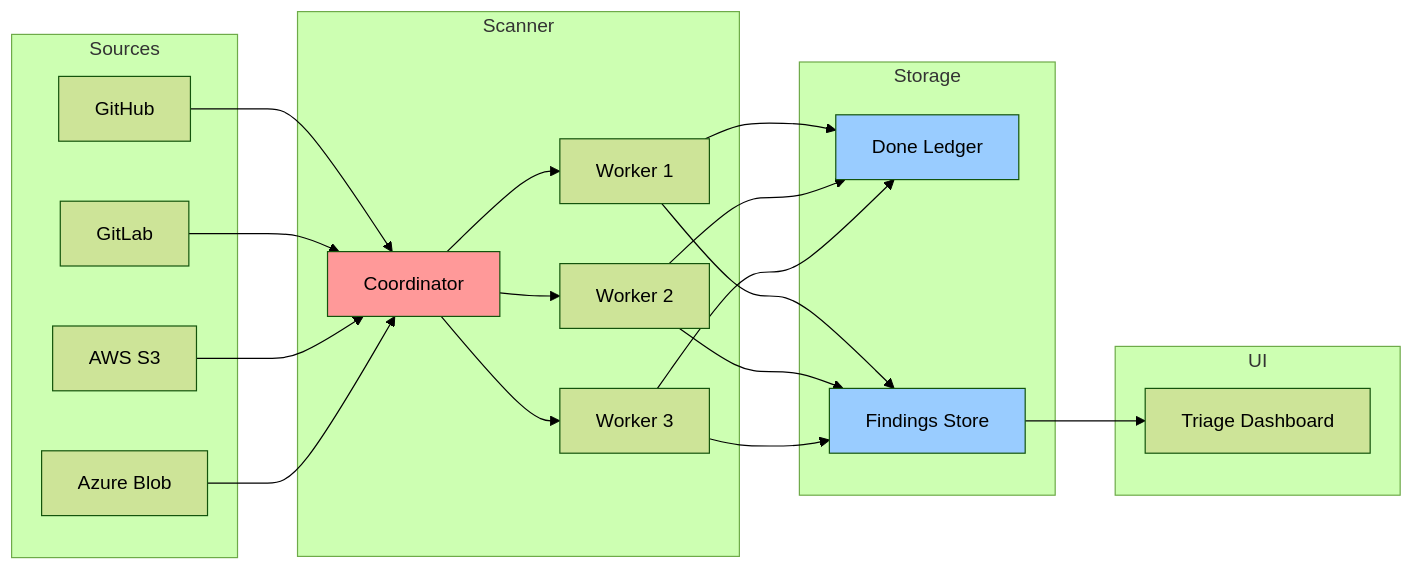
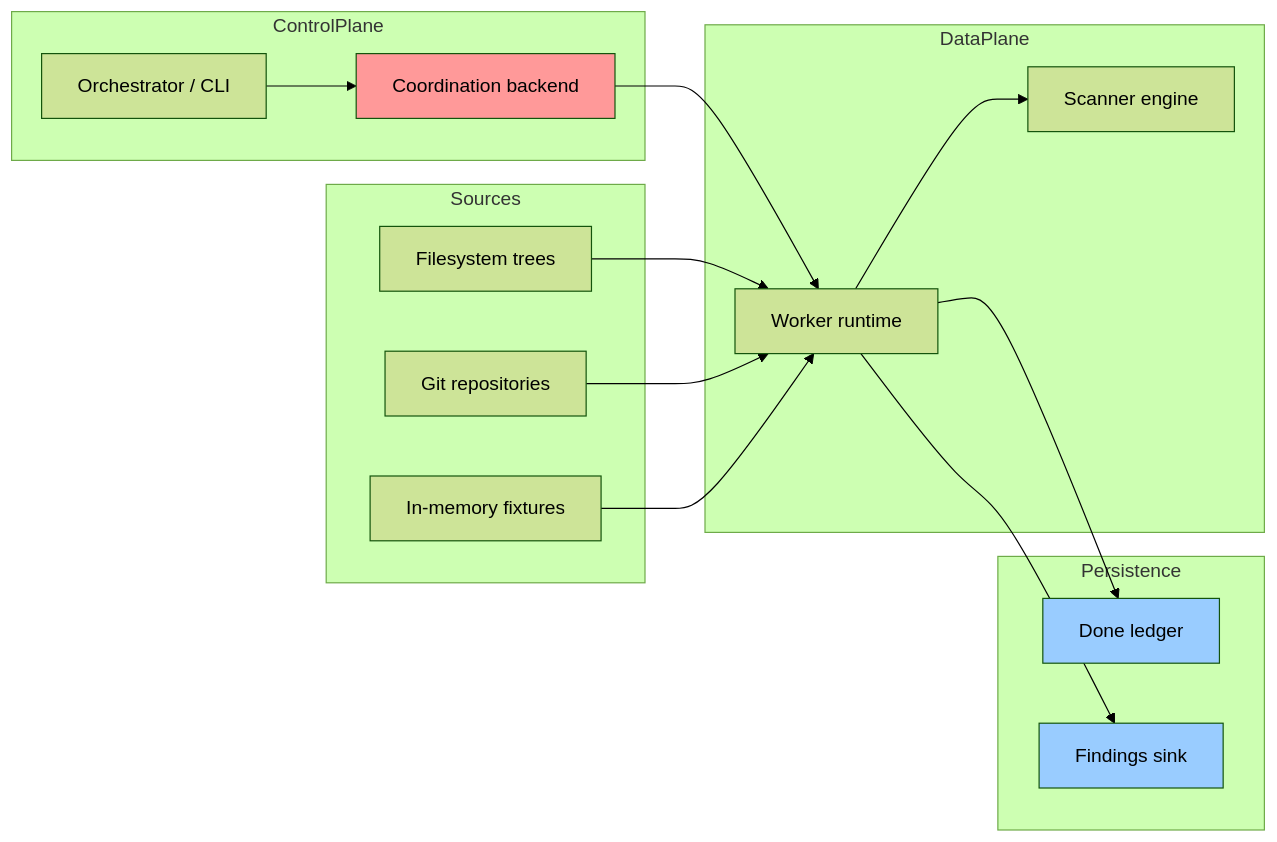
The diagram in 00-prologue/01-what-problem-are-we-solving.md (ahrav/gossip-rs-learning-guide), drawn with Mermaid (forest theme) before and after one commit. The commit also changed other lines of this file and 2 other files, not shown here.

````diff
--- a/00-prologue/01-what-problem-are-we-solving.md
+++ b/00-prologue/01-what-problem-are-we-solving.md
@@ -93,48 +92,36 @@
 ```mermaid
 graph LR
     subgraph Sources
-        GH[GitHub]
-        GL[GitLab]
-        S3[AWS S3]
-        AZ[Azure Blob]
+        FS[Filesystem trees]
+        GR[Git repositories]
+        IM[In-memory fixtures]
     end
 
-    subgraph Scanner
-        CO[Coordinator]
-        W1[Worker 1]
-        W2[Worker 2]
-        W3[Worker 3]
+    subgraph ControlPlane
+        ORCH[Orchestrator / CLI]
+        CO[Coordination backend]
     end
 
-    subgraph Storage
-        DL[Done Ledger]
-        FS[Findings Store]
+    subgraph DataPlane
+        WR[Worker runtime]
+        SE[Scanner engine]
     end
 
-    subgraph UI
-        TR[Triage Dashboard]
+    subgraph Persistence
+        DL[Done ledger]
+        FI[Findings sink]
     end
 
-    GH --> CO
-    GL --> CO
-    S3 --> CO
-    AZ --> CO
-
-    CO --> W1
-    CO --> W2
-    CO --> W3
-
-    W1 --> DL
-    W2 --> DL
-    W3 --> DL
-
-    W1 --> FS
-    W2 --> FS
-    W3 --> FS
-
-    FS --> TR
+    ORCH --> CO
+    CO --> WR
+    FS --> WR
+    GR --> WR
+    IM --> WR
+    WR --> SE
+    WR --> DL
+    WR --> FI
 
     style CO fill:#ff9999
     style DL fill:#99ccff
-    style FS fill:#99ccff
+    style FI fill:#99ccff
 ```
````
